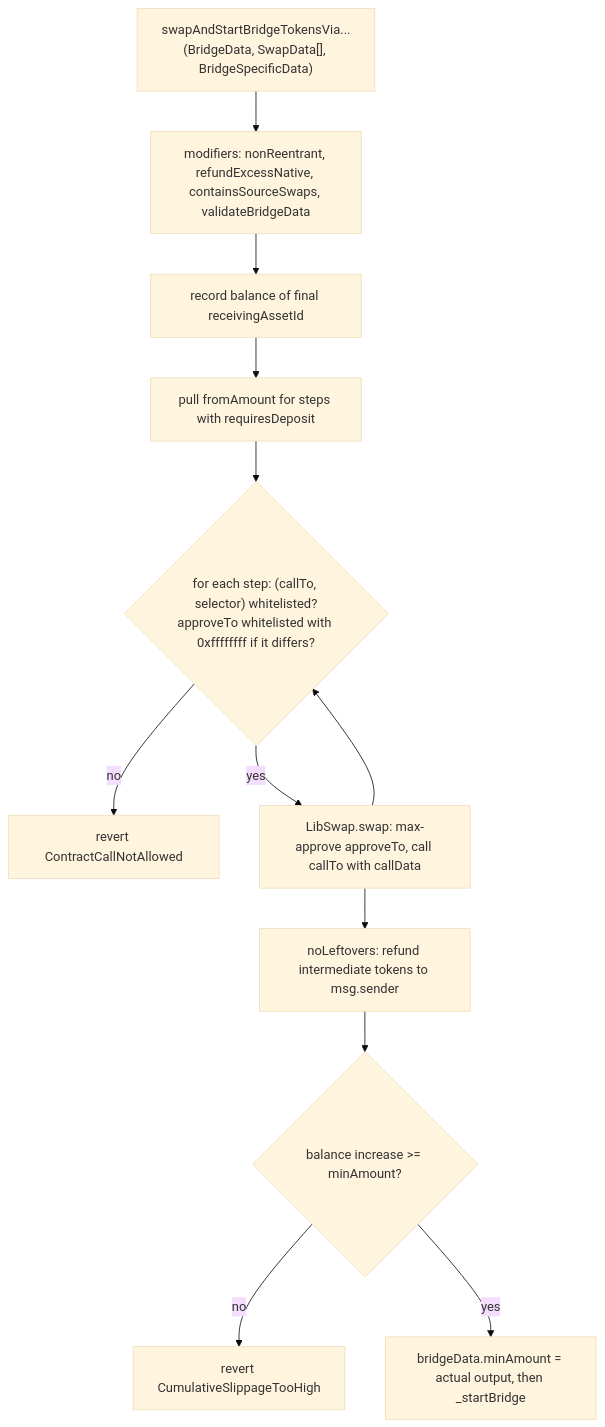
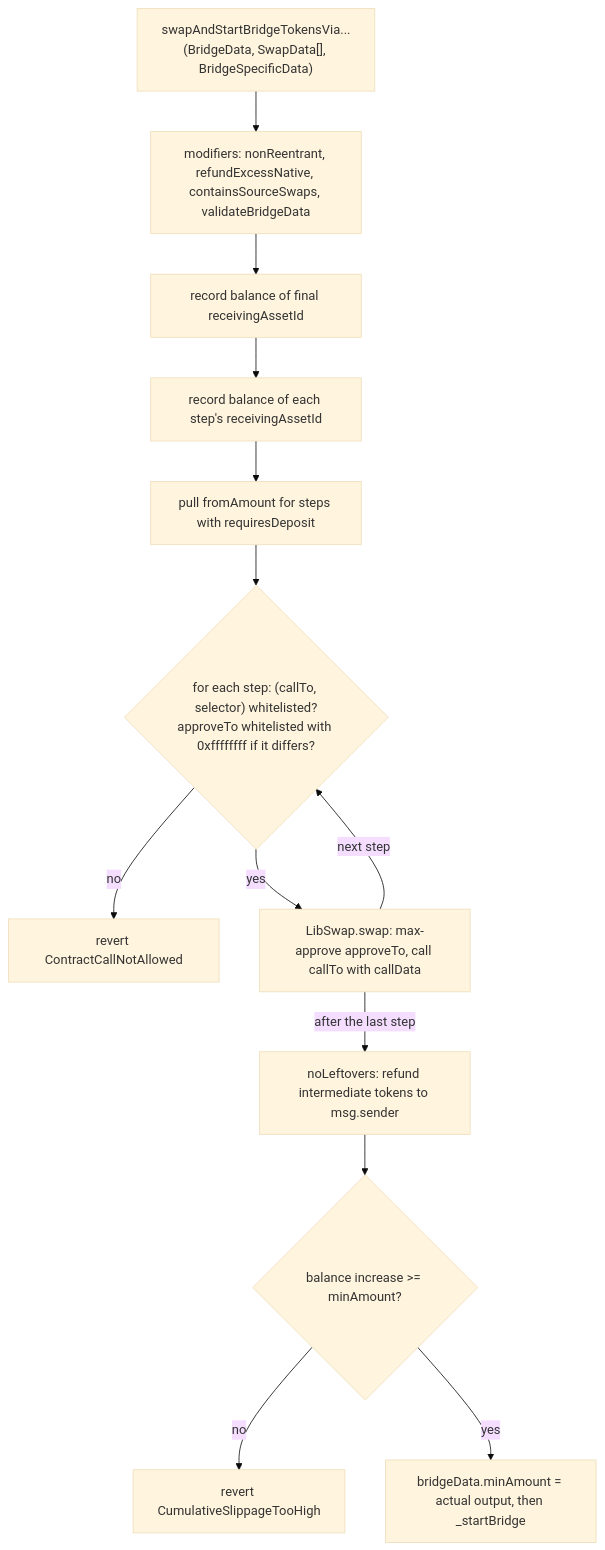
Before and after one commit to rya-sge/access-denied: the second of 4 diagrams in _posts/2026-11-23-lifi-bridge-aggregator-diamond.md, drawn with Mermaid (base theme). The commit also changed other lines of this file and 24 other files, not shown here.

````diff
--- a/_posts/2026-11-23-lifi-bridge-aggregator-diamond.md
+++ b/_posts/2026-11-23-lifi-bridge-aggregator-diamond.md
@@ -239,14 +244,15 @@
 ```mermaid
 flowchart TD
     A["swapAndStartBridgeTokensVia...(BridgeData, SwapData[], BridgeSpecificData)"] --> M["modifiers: nonReentrant, refundExcessNative, containsSourceSwaps, validateBridgeData"]
     M --> S1["record balance of final receivingAssetId"]
-    S1 --> S2["pull fromAmount for steps with requiresDeposit"]
-    S2 --> L{"for each step: (callTo, selector) whitelisted?<br/>approveTo whitelisted with 0xffffffff if it differs?"}
+    S1 --> S2["record balance of each step's receivingAssetId"]
+    S2 --> S3["pull fromAmount for steps with requiresDeposit"]
+    S3 --> L{"for each step: (callTo, selector) whitelisted?<br/>approveTo whitelisted with 0xffffffff if it differs?"}
     L -->|"no"| R1["revert ContractCallNotAllowed"]
     L -->|"yes"| SW["LibSwap.swap: max-approve approveTo, call callTo with callData"]
-    SW --> L
-    SW --> LO["noLeftovers: refund intermediate tokens to msg.sender"]
+    SW -->|"next step"| L
+    SW -->|"after the last step"| LO["noLeftovers: refund intermediate tokens to msg.sender"]
     LO --> C{"balance increase >= minAmount?"}
     C -->|"no"| R2["revert CumulativeSlippageTooHigh"]
     C -->|"yes"| BR["bridgeData.minAmount = actual output, then _startBridge"]
 ```
````
